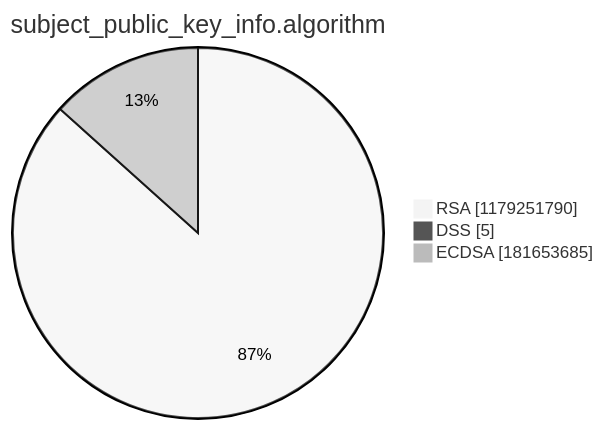
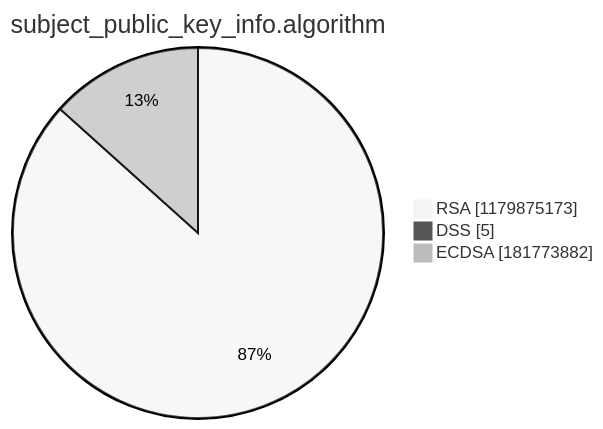
The third of 15 diagrams in argon2022/README.md (christiankrug/ctmonitor_visualization), drawn with Mermaid (neutral theme) before and after one commit. The commit also changed other lines of this file, not shown here.

````diff
--- a/argon2022/README.md
+++ b/argon2022/README.md
@@ -14,7 +14,7 @@
 ```mermaid
 pie showData
 title subject_public_key_info.algorithm
-"RSA" :1179251790
+"RSA" :1179875173
 "DSS" :5
-"ECDSA" :181653685
+"ECDSA" :181773882
 ```
````
